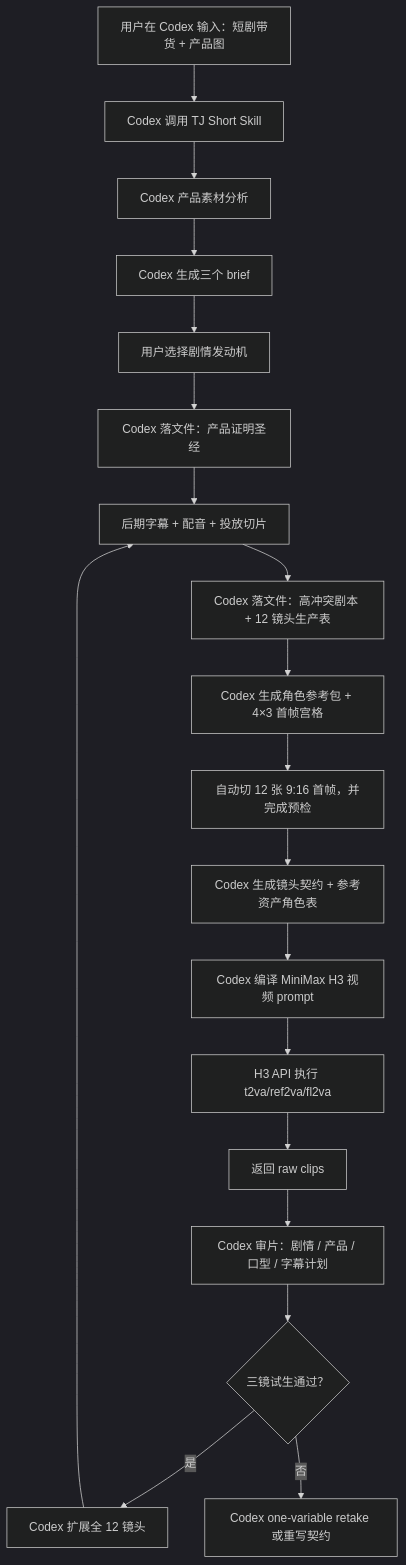
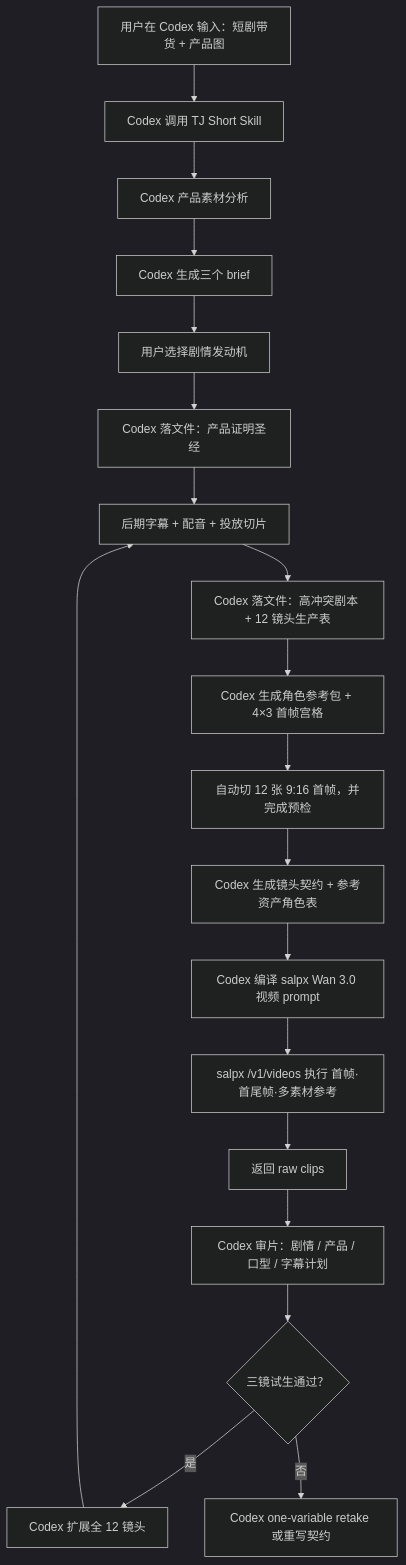
One commit to tttg2010/tj-short changed the diagram in README.md. Above: the diagram before and after it, drawn with Mermaid (dark theme). The commit also changed other lines of this file and 13 other files, not shown here.

First line of the commit message:
v0.9.0: migrate video layer to salpx Wan 3.0, retire MiniMax H3

````diff
--- a/README.md
+++ b/README.md
@@ -197,21 +198,21 @@
 ```mermaid
 flowchart TD
   A["用户在 Codex 输入：短剧带货 + 产品图"] --> B["Codex 调用 TJ Short Skill"]
   B --> C["Codex 产品素材分析"]
   C --> D["Codex 生成三个 brief"]
   D --> E["用户选择剧情发动机"]
   E --> F["Codex 落文件：产品证明圣经"]
   F --> R["Codex 建立四库：角色 / 场景 / 产品道具 / 证据"]
   R --> G["Codex 落文件：高冲突剧本 + 12 镜头生产表"]
   G --> H["Codex 生成角色参考包 + 4×3 首帧宫格"]
   H --> I["自动切 12 张 9:16 首帧，并完成预检"]
   I --> J["Codex 生成镜头契约 + 参考资产角色表"]
-  J --> K["Codex 编译 MiniMax H3 视频 prompt"]
-  K --> L["H3 API 执行 t2va/ref2va/fl2va"]
+  J --> K["Codex 编译 salpx Wan 3.0 视频 prompt"]
+  K --> L["salpx /v1/videos 执行 首帧·首尾帧·多素材参考"]
   L --> M["返回 raw clips"]
   M --> N["Codex 审片：剧情 / 产品 / 口型 / 字幕计划"]
   N --> O{"三镜试生通过？"}
   O -- "是" --> P["Codex 扩展全 12 镜头"]
   O -- "否" --> Q["Codex one-variable retake 或重写契约"]
   P --> R["后期字幕 + 配音 + 投放切片"]
 ```
````
